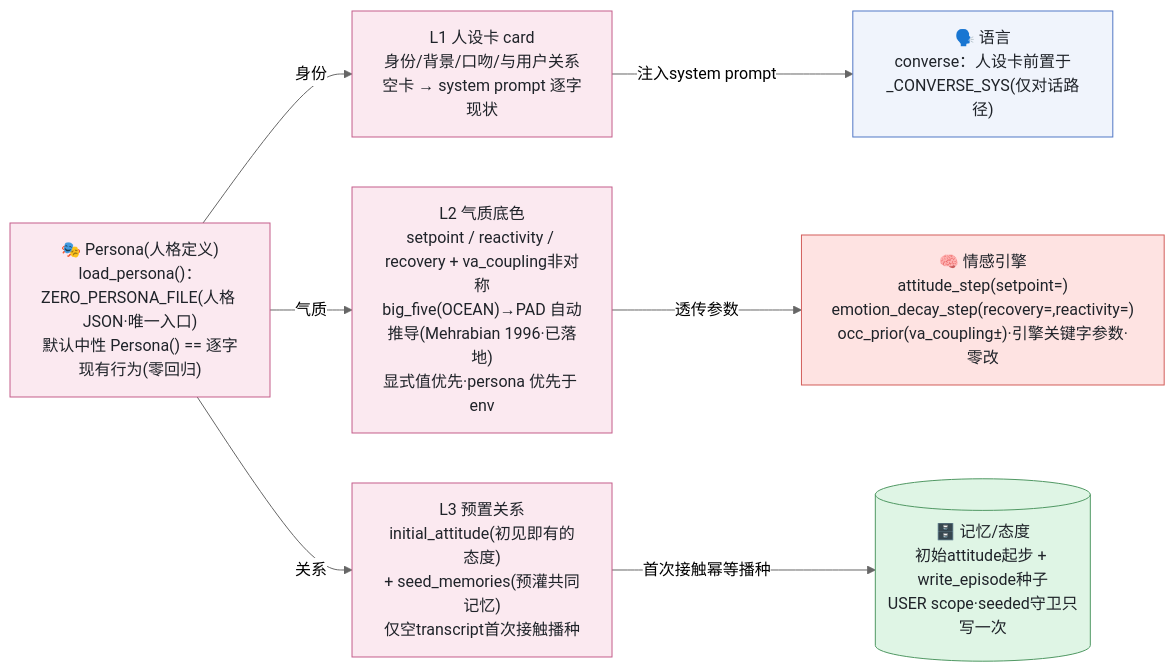
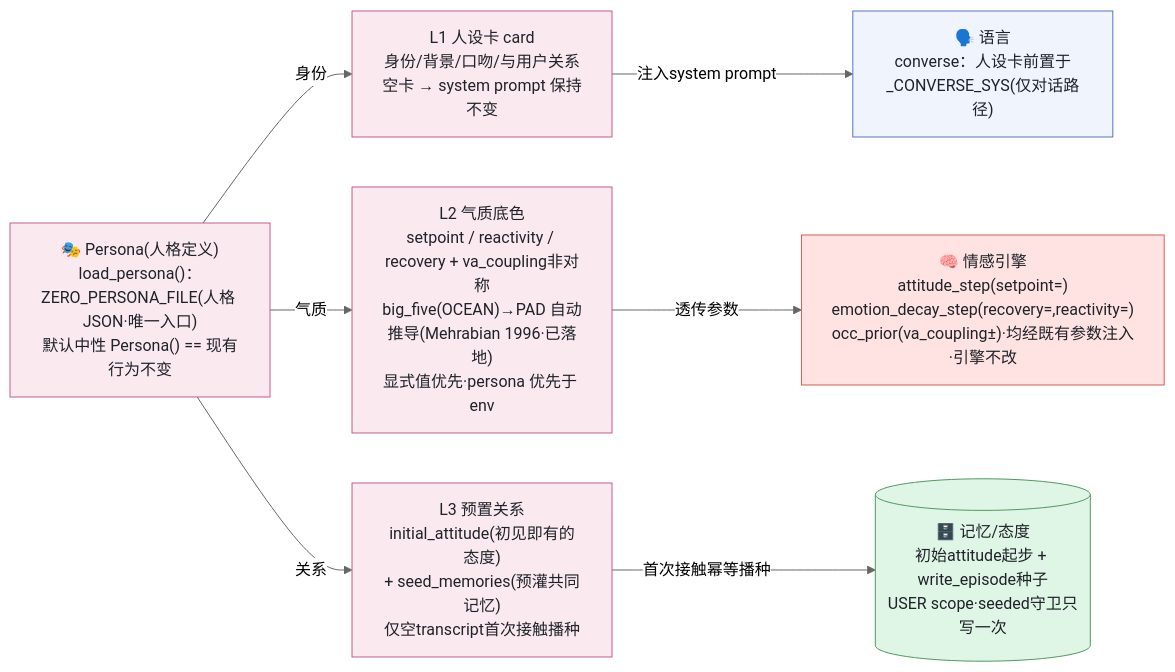
The diagram in docs/v2/persona-injection.mmd (WizardHeHeJun/Zero), drawn with Mermaid (neutral theme) before and after one commit. The commit also changed 16 other files, not shown here.

```diff
--- a/docs/v2/persona-injection.mmd
+++ b/docs/v2/persona-injection.mmd
@@ -1,20 +1,20 @@
 flowchart LR
-  persona["🎭 Persona(人格定义)<br/>load_persona()：ZERO_PERSONA_FILE(人格 JSON·唯一入口)<br/>默认中性 Persona() == 逐字现有行为(零回归)"]:::persona
-  l1["L1 人设卡 card<br/>身份/背景/口吻/与用户关系<br/>空卡 → system prompt 逐字现状"]:::persona
+  persona["🎭 Persona(人格定义)<br/>load_persona()：ZERO_PERSONA_FILE(人格 JSON·唯一入口)<br/>默认中性 Persona() == 现有行为不变"]:::persona
+  l1["L1 人设卡 card<br/>身份/背景/口吻/与用户关系<br/>空卡 → system prompt 保持不变"]:::persona
   l2["L2 气质底色<br/>setpoint / reactivity / recovery + va_coupling非对称<br/>big_five(OCEAN)→PAD 自动推导(Mehrabian 1996·已落地)<br/>显式值优先·persona 优先于 env"]:::persona
   l3["L3 预置关系<br/>initial_attitude(初见即有的态度)<br/>+ seed_memories(预灌共同记忆)<br/>仅空transcript首次接触播种"]:::persona
   lang["🗣️ 语言<br/>converse：人设卡前置于_CONVERSE_SYS(仅对话路径)"]:::language
-  engine["🧠 情感引擎<br/>attitude_step(setpoint=)<br/>emotion_decay_step(recovery=,reactivity=)<br/>occ_prior(va_coupling±)·引擎关键字参数·零改"]:::engine
+  engine["🧠 情感引擎<br/>attitude_step(setpoint=)<br/>emotion_decay_step(recovery=,reactivity=)<br/>occ_prior(va_coupling±)·均经既有参数注入·引擎不改"]:::engine
   mem[("🗄️ 记忆/态度<br/>初始attitude起步 + write_episode种子<br/>USER scope·seeded守卫只写一次")]:::memory
 
   persona -->|"身份"| l1
   persona -->|"气质"| l2
   persona -->|"关系"| l3
   l1 -->|"注入system prompt"| lang
   l2 -->|"透传参数"| engine
   l3 -->|"首次接触幂等播种"| mem
 
   classDef persona fill:#FBE9F0,stroke:#C45D8B,color:#1F2329
   classDef language fill:#F0F4FC,stroke:#5178C6,color:#1F2329
   classDef engine fill:#FEE3E2,stroke:#D25D5A,color:#1F2329
   classDef memory fill:#DFF5E5,stroke:#509863,color:#1F2329
```
